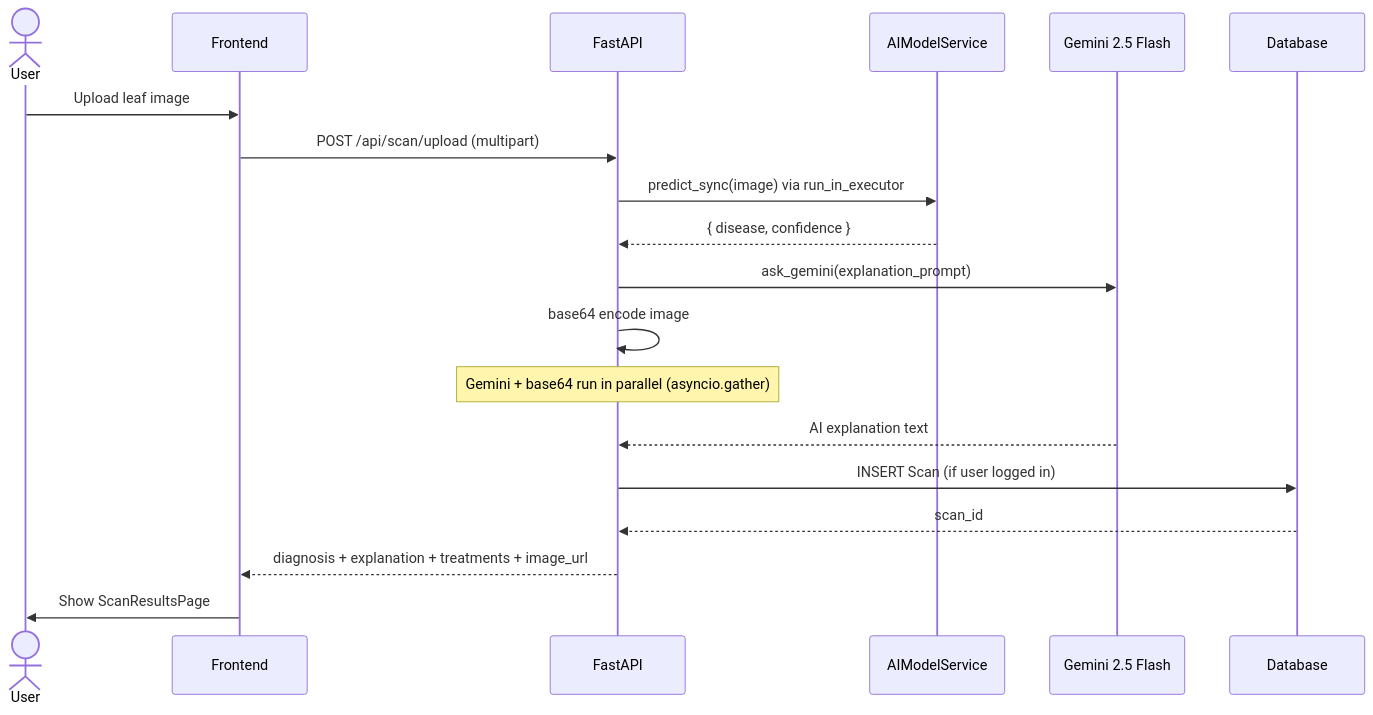
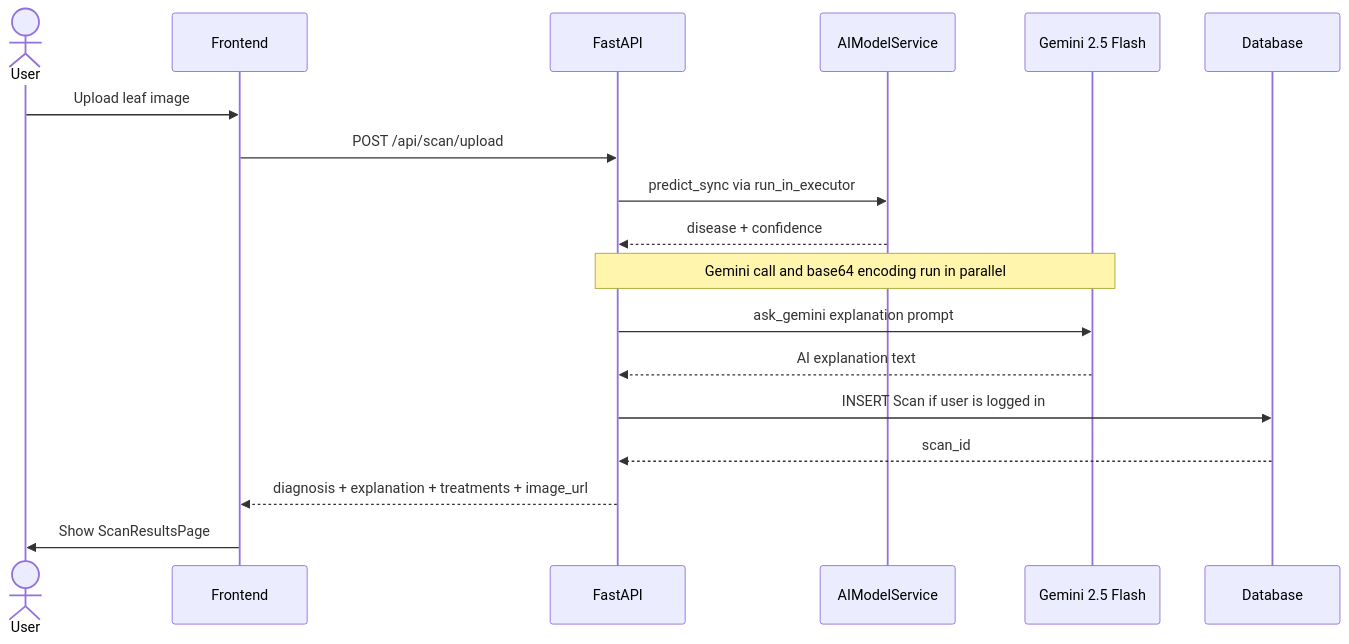
Before and after one commit to chandu1234678/AgroSight: the second of 4 diagrams in README.md, drawn with Mermaid. The commit also changed other lines of this file, not shown here.

Commit message:
fix: correct mermaid diagram syntax for GitHub rendering

````diff
--- a/README.md
+++ b/README.md
@@ -131,22 +131,21 @@
 ```mermaid
 sequenceDiagram
     actor User
     participant FE as Frontend
     participant API as FastAPI
     participant ML as AIModelService
     participant Gemini as Gemini 2.5 Flash
     participant DB as Database
 
     User->>FE: Upload leaf image
-    FE->>API: POST /api/scan/upload (multipart)
-    API->>ML: predict_sync(image) via run_in_executor
-    ML-->>API: { disease, confidence }
-    API->>Gemini: ask_gemini(explanation_prompt)
-    API->>API: base64 encode image
-    Note over API: Gemini + base64 run in parallel (asyncio.gather)
+    FE->>API: POST /api/scan/upload
+    API->>ML: predict_sync via run_in_executor
+    ML-->>API: disease + confidence
+    Note over API,Gemini: Gemini call and base64 encoding run in parallel
+    API->>Gemini: ask_gemini explanation prompt
     Gemini-->>API: AI explanation text
-    API->>DB: INSERT Scan (if user logged in)
+    API->>DB: INSERT Scan if user is logged in
     DB-->>API: scan_id
     API-->>FE: diagnosis + explanation + treatments + image_url
     FE->>User: Show ScanResultsPage
 ```
````
